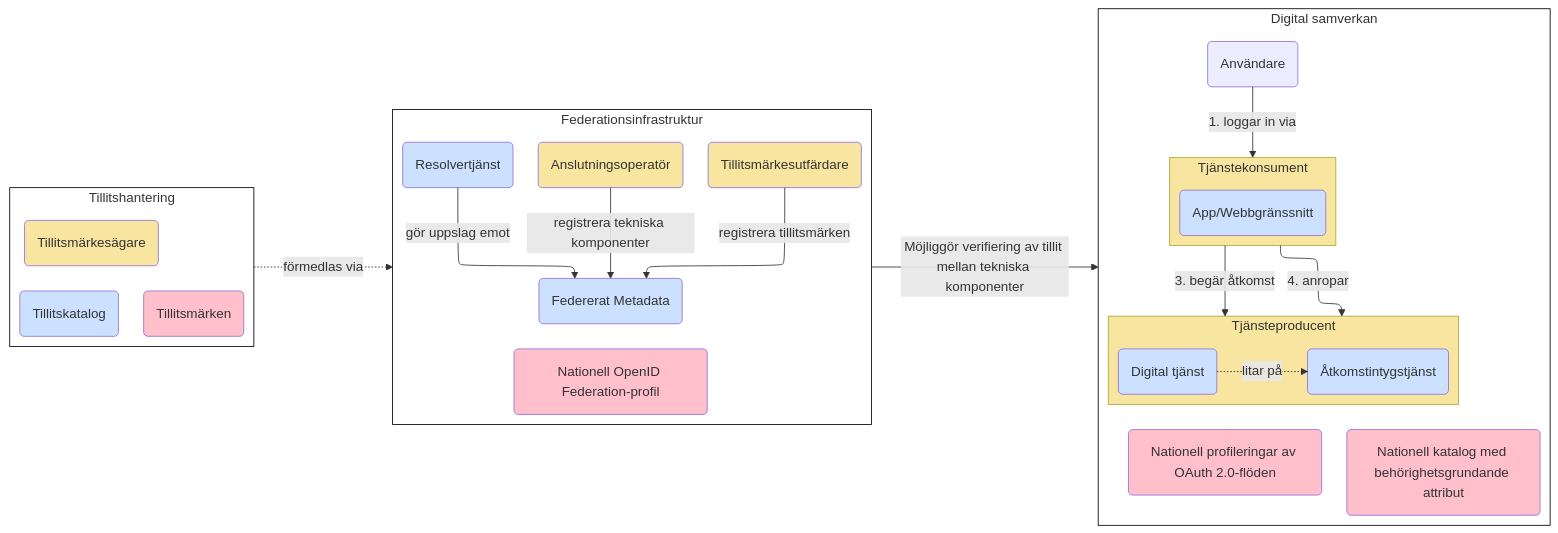
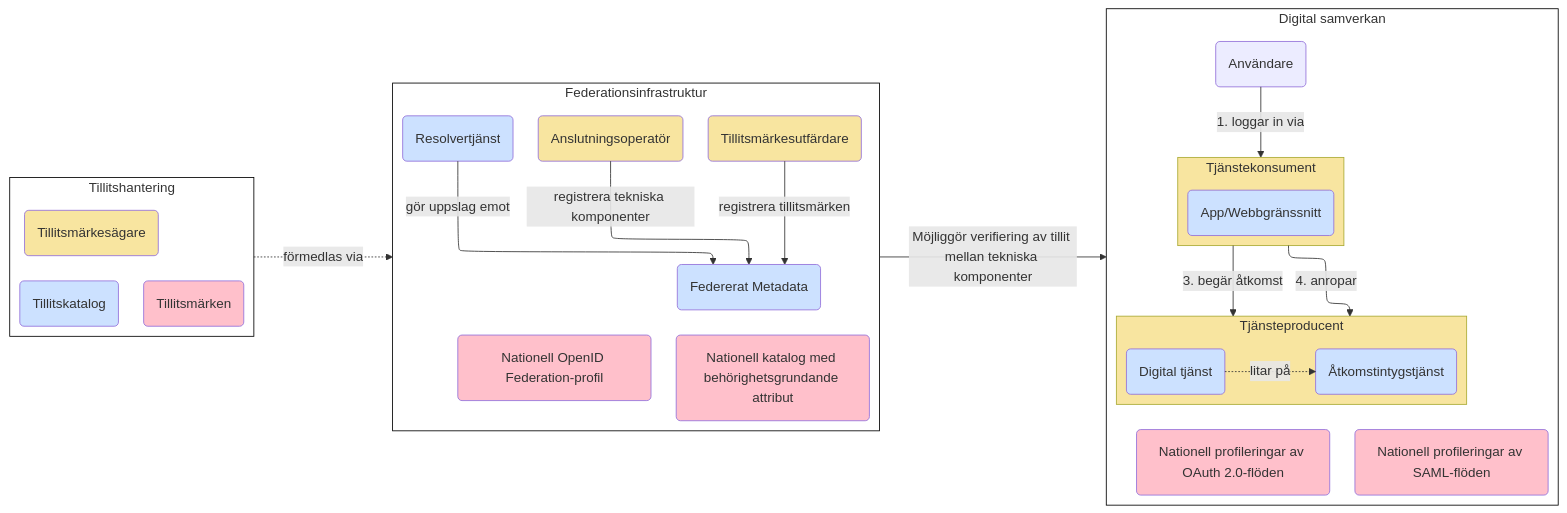
Before and after one commit to diggsweden/ena-authorization: the tenth of 10 diagrams in architecture/drafts/IAM_TargetArchitecture_Sweden.md, drawn with Mermaid. The commit also changed 1 other file, not shown here.

Commit message:
fixade lite i målarkitekturens leverabler

````diff
--- a/architecture/drafts/IAM_TargetArchitecture_Sweden.md
+++ b/architecture/drafts/IAM_TargetArchitecture_Sweden.md
@@ -435,62 +435,63 @@
 ```mermaid
 %%{init: {"flowchart": {"defaultRenderer": "elk"}} }%%
 flowchart LR
 
 classDef org fill:#F8E5A0
 classDef comp fill:#CCE1FF
 classDef box fill:#ffffff,stroke:#000000
 classDef spec fill:#FFC0CB
 
 subgraph ds[Digital samverkan]
     direction TB
 
     u(Användare)
     subgraph tk[Tjänstekonsument]
         k(App/Webbgränssnitt):::comp
     end
     tk:::org
     u --<p>1. loggar in via-->tk
 
     subgraph tp[Tjänsteproducent]
         t(Digital tjänst)-.litar på.->as(Åtkomstintygstjänst)
         t:::comp
         as:::comp
     end
     tp:::org
     oauth(Nationell profileringar av OAuth 2.0-flöden):::spec  
-    beh(Nationell katalog med behörighetsgrundande attribut):::spec
+    saml(Nationell profileringar av SAML-flöden):::spec  
 
     tk--<p>4. anropar-->tp
     tk--<p>3. begär åtkomst-->tp
-    tp ~~~ oauth & beh
+    tp ~~~ oauth & saml
 end
 ds:::box
 
 subgraph fed[Federationsinfrastruktur]
     direction TB
     r(Resolvertjänst):::comp
     op(Anslutningsoperatör):::org
     tmop(Tillitsmärkesutfärdare):::org
     m(Federerat Metadata):::comp
     oidf(Nationell OpenID Federation-profil):::spec
+    beh(Nationell katalog med behörighetsgrundande attribut):::spec
 
     tmop--registrera tillitsmärken-->m
     op--registrera tekniska komponenter-->m
     r--gör uppslag emot -->m
-    m~~~oidf
+    m~~~oidf & beh
 end
 fed:::box
 
 subgraph tillit[Tillitshantering]
     direction TB
     tmk(Tillitskatalog):::comp
     tm(Tillitsmärken):::spec
     tmä(Tillitsmärkesägare):::org
     tmä ~~~ tm & tmk
 end
 tillit:::box
 
 fed--Möjliggör verifiering av tillit mellan tekniska komponenter-->ds
 tillit-.förmedlas via.->fed
 
 ```
````
